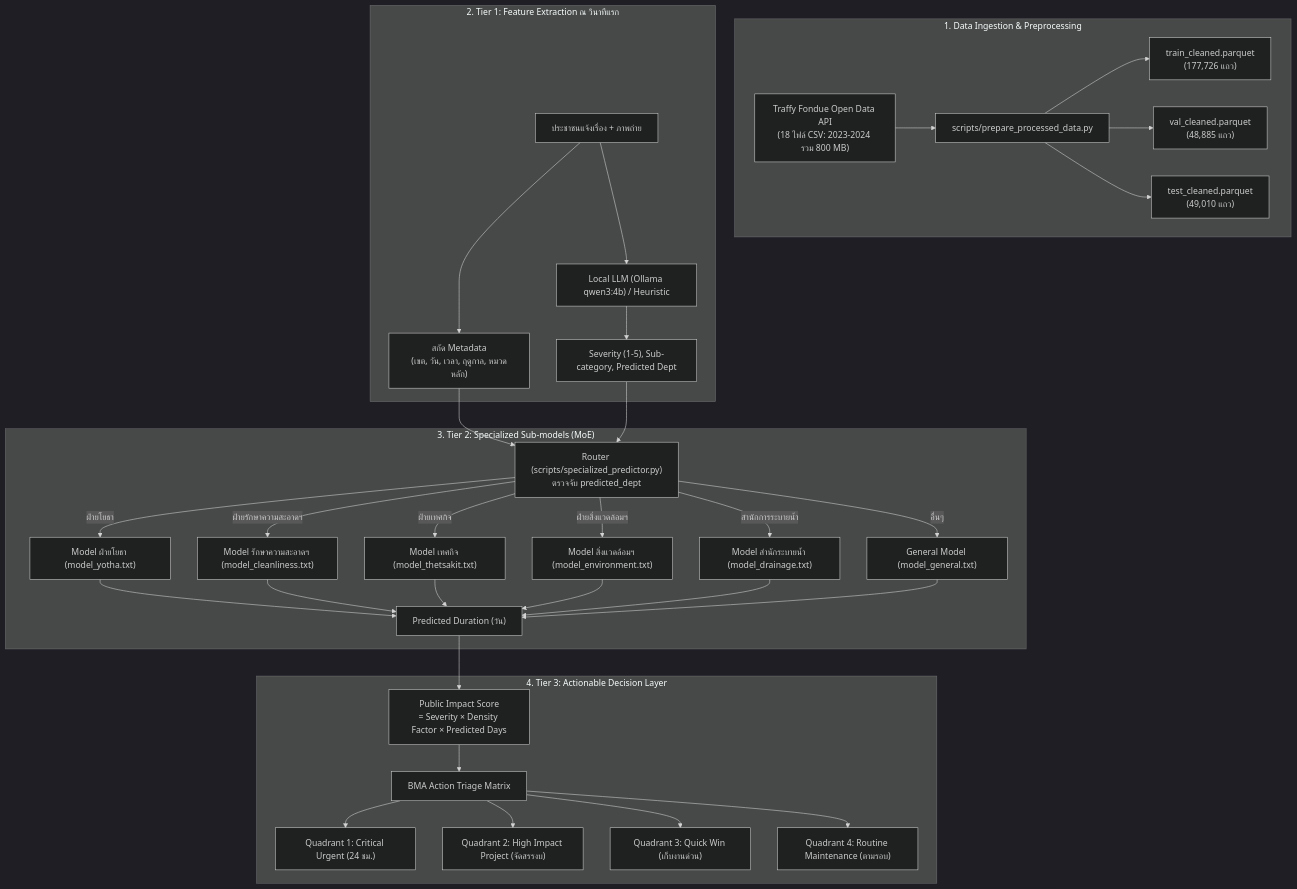
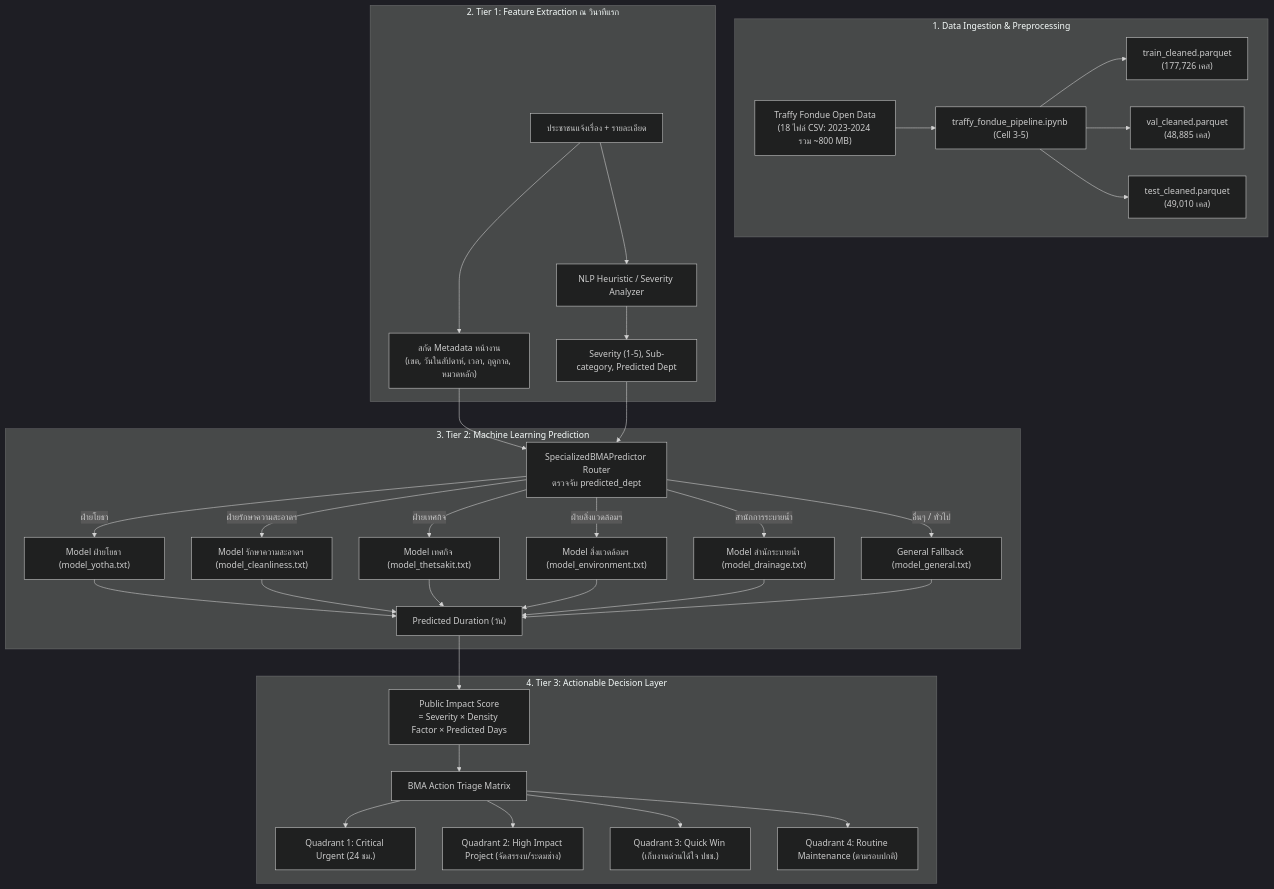
One commit to dewdew978/traffy-fondue-ml- changed the diagram in SYSTEM_DOCUMENTATION.md. Above: the diagram before and after it, drawn with Mermaid (dark theme). The commit also changed other lines of this file and 5 other files, not shown here.

````diff
--- a/SYSTEM_DOCUMENTATION.md
+++ b/SYSTEM_DOCUMENTATION.md
@@ -51,35 +53,35 @@
 ```mermaid
 flowchart TD
     subgraph DataIngestion["1. Data Ingestion & Preprocessing"]
-        A["Traffy Fondue Open Data API<br>(18 ไฟล์ CSV: 2023-2024 รวม 800 MB)"] --> B["scripts/prepare_processed_data.py"]
-        B --> C1["train_cleaned.parquet<br>(177,726 แถว)"]
-        B --> C2["val_cleaned.parquet<br>(48,885 แถว)"]
-        B --> C3["test_cleaned.parquet<br>(49,010 แถว)"]
+        A["Traffy Fondue Open Data<br>(18 ไฟล์ CSV: 2023-2024 รวม ~800 MB)"] --> B["traffy_fondue_pipeline.ipynb (Cell 3-5)"]
+        B --> C1["train_cleaned.parquet<br>(177,726 เคส)"]
+        B --> C2["val_cleaned.parquet<br>(48,885 เคส)"]
+        B --> C3["test_cleaned.parquet<br>(49,010 เคส)"]
     end
 
     subgraph FeatureTier["2. Tier 1: Feature Extraction ณ วินาทีแรก"]
-        D["ประชาชนแจ้งเรื่อง + ภาพถ่าย"] --> E1["สกัด Metadata<br>(เขต, วัน, เวลา, ฤดูกาล, หมวดหลัก)"]
-        D --> E2["Local LLM (Ollama qwen3:4b) / Heuristic"]
+        D["ประชาชนแจ้งเรื่อง + รายละเอียด"] --> E1["สกัด Metadata หน้างาน<br>(เขต, วันในสัปดาห์, เวลา, ฤดูกาล, หมวดหลัก)"]
+        D --> E2["NLP Heuristic / Severity Analyzer"]
         E2 --> E3["Severity (1-5), Sub-category, Predicted Dept"]
     end
 
-    subgraph ModelTier["3. Tier 2: Specialized Sub-models (MoE)"]
-        E1 & E3 --> F["Router (scripts/specialized_predictor.py)<br>ตรวจจับ predicted_dept"]
+    subgraph ModelTier["3. Tier 2: Machine Learning Prediction"]
+        E1 & E3 --> F["SpecializedBMAPredictor Router<br>ตรวจจับ predicted_dept"]
         F -->|"ฝ่ายโยธา"| M1["Model ฝ่ายโยธา (model_yotha.txt)"]
         F -->|"ฝ่ายรักษาความสะอาดฯ"| M2["Model รักษาความสะอาดฯ (model_cleanliness.txt)"]
         F -->|"ฝ่ายเทศกิจ"| M3["Model เทศกิจ (model_thetsakit.txt)"]
         F -->|"ฝ่ายสิ่งแวดล้อมฯ"| M4["Model สิ่งแวดล้อมฯ (model_environment.txt)"]
         F -->|"สำนักการระบายน้ำ"| M5["Model สำนักระบายน้ำ (model_drainage.txt)"]
-        F -->|"อื่นๆ"| M6["General Model (model_general.txt)"]
+        F -->|"อื่นๆ / ทั่วไป"| M6["General Fallback (model_general.txt)"]
         M1 & M2 & M3 & M4 & M5 & M6 --> G["Predicted Duration (วัน)"]
     end
 
     subgraph DecisionTier["4. Tier 3: Actionable Decision Layer"]
         G --> H["Public Impact Score<br>= Severity × Density Factor × Predicted Days"]
         H --> I["BMA Action Triage Matrix"]
         I --> J1["Quadrant 1: Critical Urgent (24 ชม.)"]
-        I --> J2["Quadrant 2: High Impact Project (จัดสรรงบ)"]
-        I --> J3["Quadrant 3: Quick Win (เก็บงานด่วน)"]
-        I --> J4["Quadrant 4: Routine Maintenance (ตามรอบ)"]
+        I --> J2["Quadrant 2: High Impact Project (จัดสรรงบ/ระดมช่าง)"]
+        I --> J3["Quadrant 3: Quick Win (เก็บงานด่วนได้ใจ ปชช.)"]
+        I --> J4["Quadrant 4: Routine Maintenance (ตามรอบปกติ)"]
     end
 ```
````
